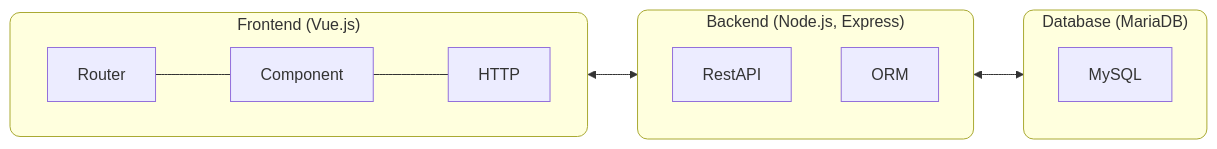
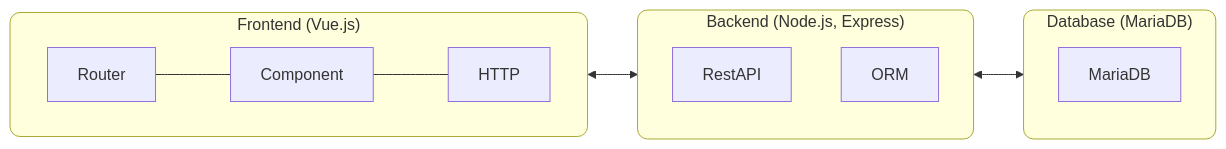
Before and after one commit to japoch/dbwebviewer: the diagram in README.md, drawn with Mermaid.

Commit message:
GH-1 update README.md

````diff
--- a/README.md
+++ b/README.md
@@ -15,18 +15,18 @@
 ```mermaid
 graph LR
   subgraph fe["Frontend (Vue.js)"]
     style fe rx:10,ry:10
     direction LR
     Router---Component---HTTP
   end
   subgraph be["Backend (Node.js, Express)"]
     style be rx:10,ry:10
     RestAPI
     ORM
   end
   subgraph db["Database (MariaDB)"]
     style db rx:10,ry:10
-    MySQL
+    MariaDB
   end
   fe<-->be<-->db
 ```
````
